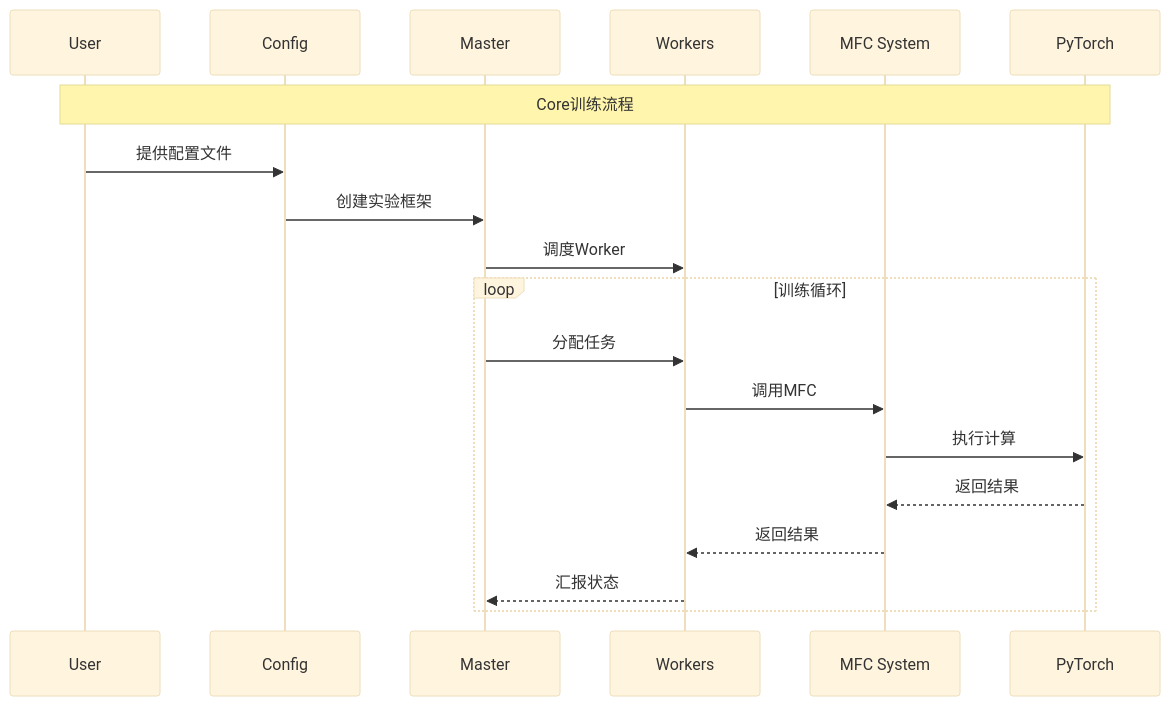
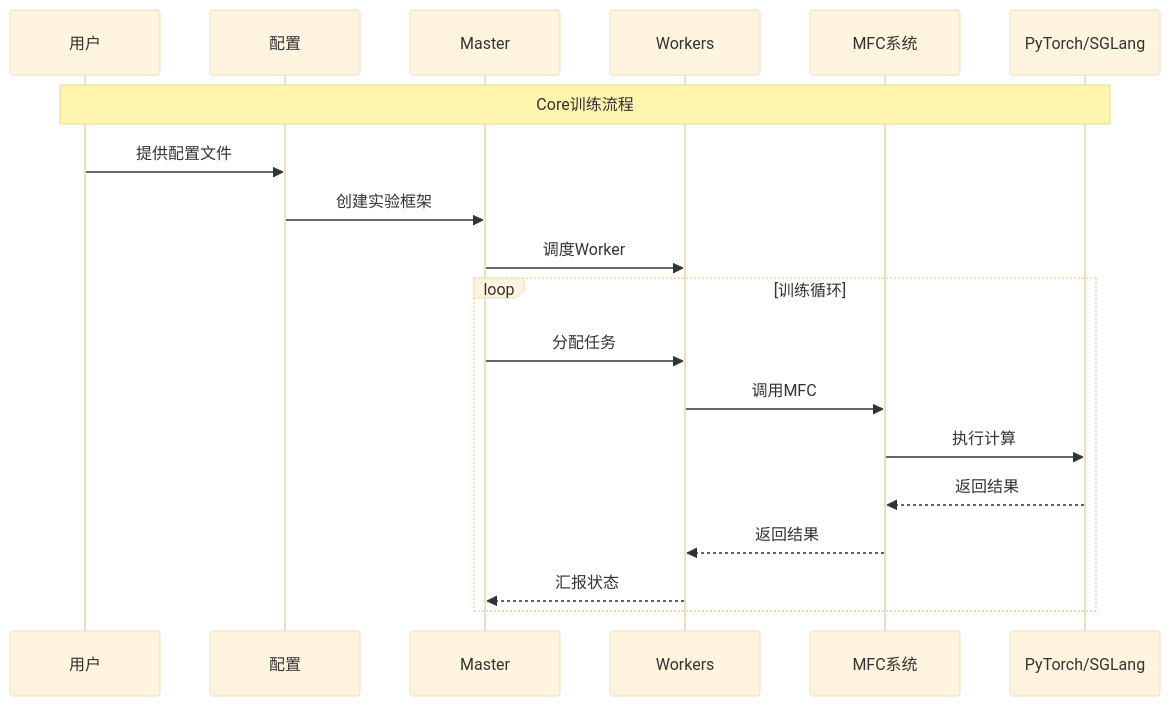
One commit to zhshgmail/AReaL changed the eighth of 11 diagrams in docs/architecture/architecture_diagrams.md. Above: the diagram before and after it, drawn with Mermaid (base theme). The commit also changed other lines of this file and 4 other files, not shown here.

Commit message:
update archtecrture diagram

````diff
--- a/docs/architecture/architecture_diagrams.md
+++ b/docs/architecture/architecture_diagrams.md
@@ -90,22 +299,22 @@
 ```mermaid
 sequenceDiagram
-    participant U as User
-    participant C as Config
+    participant U as 用户
+    participant C as 配置
     participant M as Master
     participant W as Workers
-    participant MFC as MFC System
-    participant PT as PyTorch
+    participant MFC as MFC系统
+    participant PT as PyTorch/SGLang
     
     Note over U,PT: Core训练流程
     U->>C: 提供配置文件
     C->>M: 创建实验框架
     M->>W: 调度Worker
     loop 训练循环
         M->>W: 分配任务
         W->>MFC: 调用MFC
         MFC->>PT: 执行计算
         PT-->>MFC: 返回结果
         MFC-->>W: 返回结果
         W-->>M: 汇报状态
     end
 ```
````
